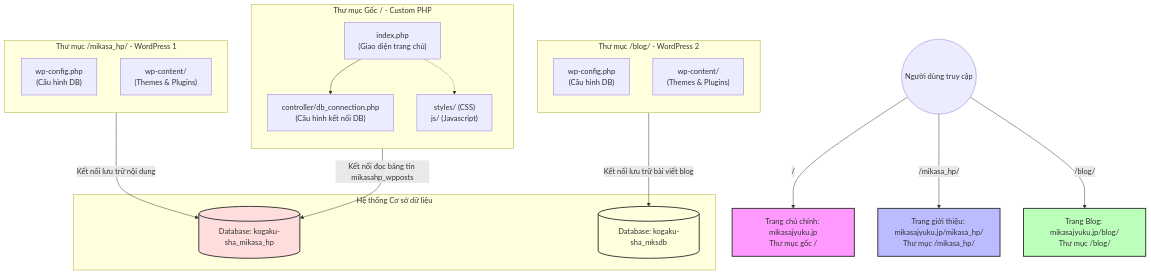
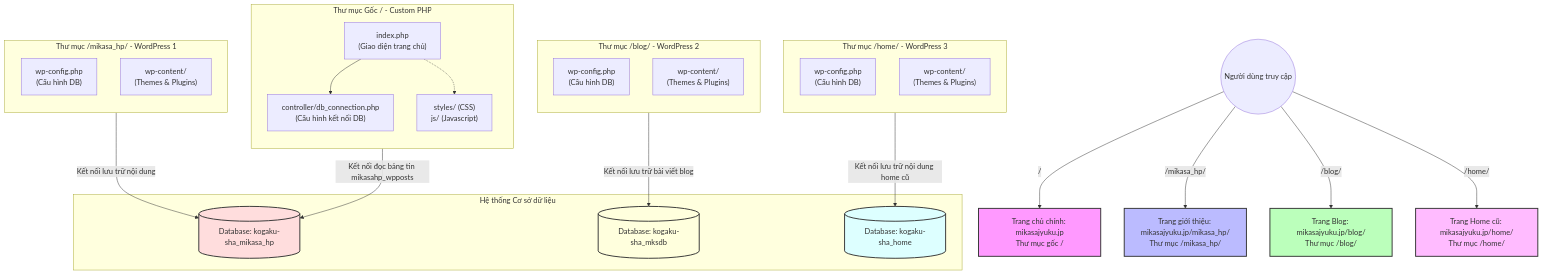
Before and after one commit to glodetung92/mikasa-jyuku: the diagram in README.md, drawn with Mermaid. The commit also changed other lines of this file and 1 other file, not shown here.

````diff
--- a/README.md
+++ b/README.md
@@ -19,52 +20,64 @@
 ```mermaid
 graph TD
     %% Định nghĩa các lớp User / Client
     User((Người dùng truy cập))
 
     %% Phân nhánh URL chính
     User -->|/| RootSite[Trang chủ chính: mikasajyuku.jp<br>Thư mục gốc /]
     User -->|/mikasa_hp/| MikasaHP[Trang giới thiệu: mikasajyuku.jp/mikasa_hp/<br>Thư mục /mikasa_hp/]
     User -->|/blog/| BlogSite[Trang Blog: mikasajyuku.jp/blog/<br>Thư mục /blog/]
+    User -->|/home/| HomeSite[Trang Home cũ: mikasajyuku.jp/home/<br>Thư mục /home/]
 
     %% Chi tiết Phân hệ gốc (Root)
     subgraph RootFolder [Thư mục Gốc / - Custom PHP]
         direction TB
         IndexPHP["index.php<br>(Giao diện trang chủ)"]
         DbConn["controller/db_connection.php<br>(Cấu hình kết nối DB)"]
         Styles["styles/ (CSS)<br>js/ (Javascript)"]
         IndexPHP --> DbConn
         IndexPHP -.-> Styles
     end
 
     %% Chi tiết Phân hệ giới thiệu (mikasa_hp)
     subgraph MikasaHpFolder [Thư mục /mikasa_hp/ - WordPress 1]
         direction TB
         WpConfig1["wp-config.php<br>(Cấu hình DB)"]
         WpContent1["wp-content/<br>(Themes & Plugins)"]
     end
 
     %% Chi tiết Phân hệ Blog (blog)
     subgraph BlogFolder [Thư mục /blog/ - WordPress 2]
         direction TB
         WpConfig2["wp-config.php<br>(Cấu hình DB)"]
         WpContent2["wp-content/<br>(Themes & Plugins)"]
     end
 
+    %% Chi tiết Phân hệ Home cũ (home)
+    subgraph HomeFolder [Thư mục /home/ - WordPress 3]
+        direction TB
+        WpConfig3["wp-config.php<br>(Cấu hình DB)"]
+        WpContent3["wp-content/<br>(Themes & Plugins)"]
+    end
+
     %% Các Database
     subgraph Databases [Hệ thống Cơ sở dữ liệu]
         DB_MikasaHP[(Database: kogaku-sha_mikasa_hp)]
         DB_Blog[(Database: kogaku-sha_mksdb)]
+        DB_Home[(Database: kogaku-sha_home)]
     end
 
     %% Mối quan hệ Database
     DbConn -->|Kết nối đọc bảng tin mikasahp_wpposts| DB_MikasaHP
     WpConfig1 -->|Kết nối lưu trữ nội dung| DB_MikasaHP
     WpConfig2 -->|Kết nối lưu trữ bài viết blog| DB_Blog
+    WpConfig3 -->|Kết nối lưu trữ nội dung home cũ| DB_Home
 
     %% Định dạng phong cách
     style RootSite fill:#f9f,stroke:#333,stroke-width:2px
     style MikasaHP fill:#bbf,stroke:#333,stroke-width:2px
     style BlogSite fill:#bfb,stroke:#333,stroke-width:2px
+    style HomeSite fill:#fbf,stroke:#333,stroke-width:2px
     style DB_MikasaHP fill:#fdd,stroke:#333,stroke-width:2px
     style DB_Blog fill:#ffd,stroke:#333,stroke-width:2px
+    style DB_Home fill:#dff,stroke:#333,stroke-width:2px
 ```
````
